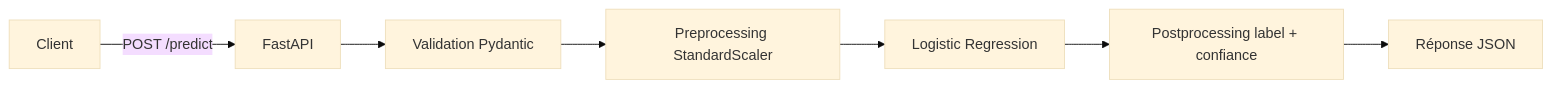
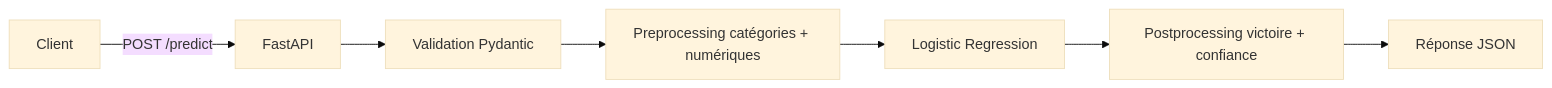
Before and after one commit to Noahgog/architecture-ia-P10-GOGEON-NGUYEN: the diagram in docs/architecture.md, drawn with Mermaid (base theme). The commit also changed other lines of this file and 9 other files, not shown here.

````diff
--- a/docs/architecture.md
+++ b/docs/architecture.md
@@ -3,9 +3,9 @@
 ```mermaid
 flowchart LR
     C[Client] -->|POST /predict| A[FastAPI]
     A --> V[Validation Pydantic]
-    V --> P[Preprocessing StandardScaler]
+    V --> P[Preprocessing catégories + numériques]
     P --> M[Logistic Regression]
-    M --> Q[Postprocessing label + confiance]
+    M --> Q[Postprocessing victoire + confiance]
     Q --> J[Réponse JSON]
 ```
````
